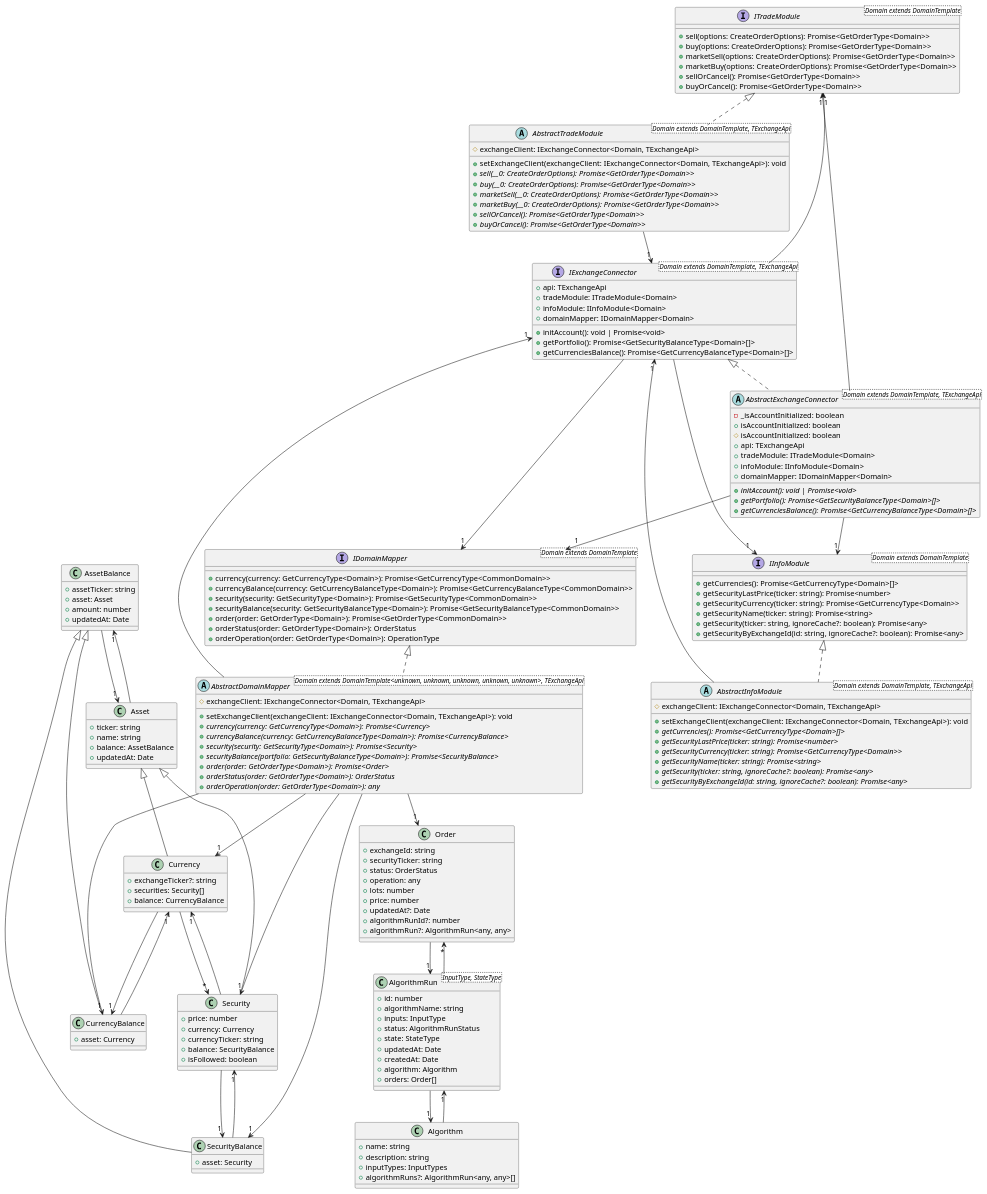
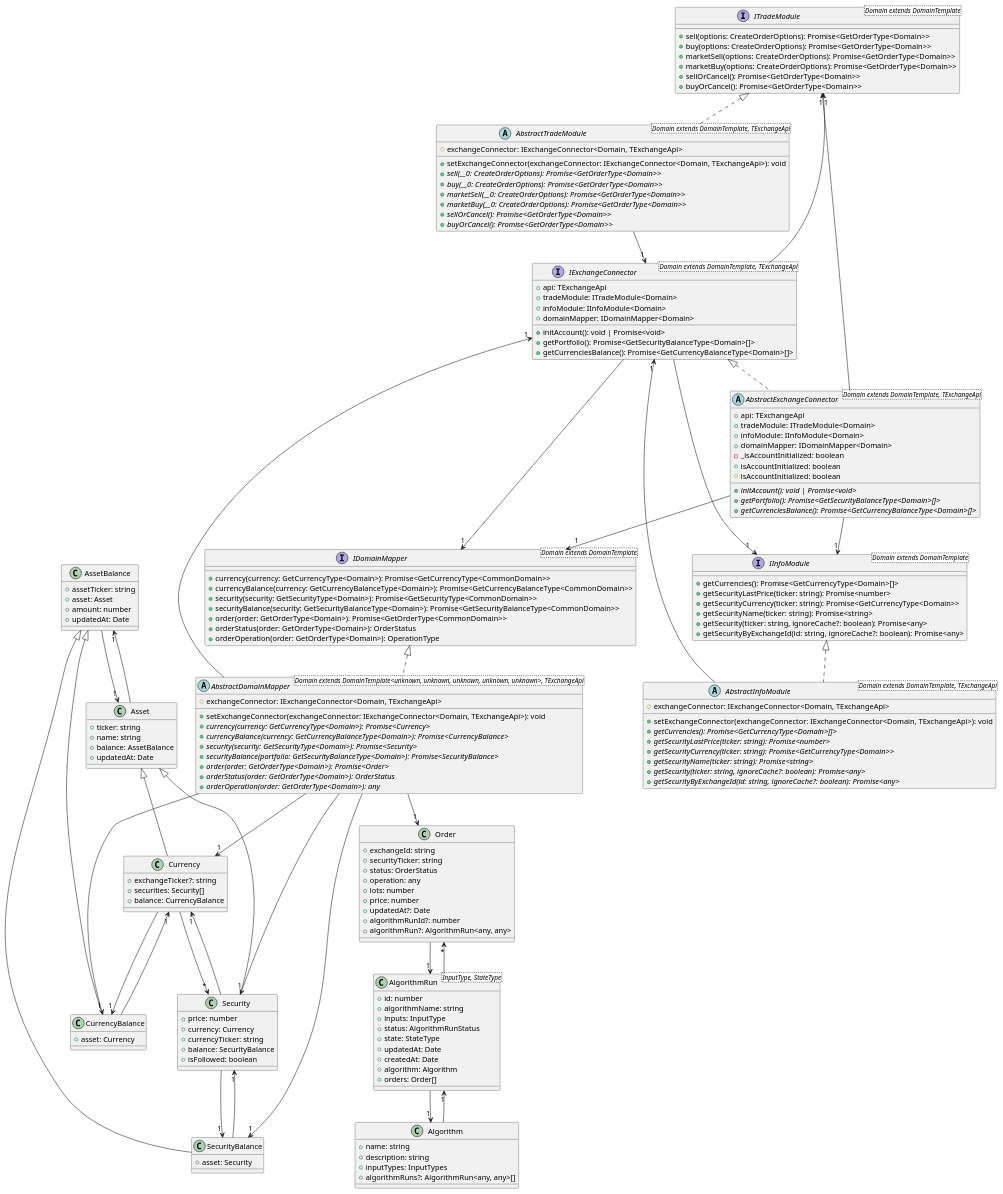
The diagram in .docs/public/diagrams/domain.puml (d0rich/tradeb0t), drawn with PlantUML before and after one commit. The commit also changed 38 other files, not shown here.

```diff
--- a/.docs/public/diagrams/domain.puml
+++ b/.docs/public/diagrams/domain.puml
@@ -1,163 +1,163 @@
 @startuml
 interface ITradeModule<Domain extends DomainTemplate> {
     +sell(options: CreateOrderOptions): Promise<GetOrderType<Domain>>
     +buy(options: CreateOrderOptions): Promise<GetOrderType<Domain>>
     +marketSell(options: CreateOrderOptions): Promise<GetOrderType<Domain>>
     +marketBuy(options: CreateOrderOptions): Promise<GetOrderType<Domain>>
     +sellOrCancel(): Promise<GetOrderType<Domain>>
     +buyOrCancel(): Promise<GetOrderType<Domain>>
 }
 interface IInfoModule<Domain extends DomainTemplate> {
     +getCurrencies(): Promise<GetCurrencyType<Domain>[]>
     +getSecurityLastPrice(ticker: string): Promise<number>
     +getSecurityCurrency(ticker: string): Promise<GetCurrencyType<Domain>>
     +getSecurityName(ticker: string): Promise<string>
     +getSecurity(ticker: string, ignoreCache?: boolean): Promise<any>
     +getSecurityByExchangeId(id: string, ignoreCache?: boolean): Promise<any>
 }
 interface IExchangeConnector<Domain extends DomainTemplate, TExchangeApi> {
     +api: TExchangeApi
     +tradeModule: ITradeModule<Domain>
     +infoModule: IInfoModule<Domain>
     +domainMapper: IDomainMapper<Domain>
     +initAccount(): void | Promise<void>
     +getPortfolio(): Promise<GetSecurityBalanceType<Domain>[]>
     +getCurrenciesBalance(): Promise<GetCurrencyBalanceType<Domain>[]>
 }
 abstract class AbstractTradeModule<Domain extends DomainTemplate, TExchangeApi> implements ITradeModule {
-    #exchangeClient: IExchangeConnector<Domain, TExchangeApi>
-    +setExchangeClient(exchangeClient: IExchangeConnector<Domain, TExchangeApi>): void
+    #exchangeConnector: IExchangeConnector<Domain, TExchangeApi>
+    +setExchangeConnector(exchangeConnector: IExchangeConnector<Domain, TExchangeApi>): void
     +{abstract} sell(__0: CreateOrderOptions): Promise<GetOrderType<Domain>>
     +{abstract} buy(__0: CreateOrderOptions): Promise<GetOrderType<Domain>>
     +{abstract} marketSell(__0: CreateOrderOptions): Promise<GetOrderType<Domain>>
     +{abstract} marketBuy(__0: CreateOrderOptions): Promise<GetOrderType<Domain>>
     +{abstract} sellOrCancel(): Promise<GetOrderType<Domain>>
     +{abstract} buyOrCancel(): Promise<GetOrderType<Domain>>
 }
 abstract class AbstractInfoModule<Domain extends DomainTemplate, TExchangeApi> implements IInfoModule {
-    #exchangeClient: IExchangeConnector<Domain, TExchangeApi>
-    +setExchangeClient(exchangeClient: IExchangeConnector<Domain, TExchangeApi>): void
+    #exchangeConnector: IExchangeConnector<Domain, TExchangeApi>
+    +setExchangeConnector(exchangeConnector: IExchangeConnector<Domain, TExchangeApi>): void
     +{abstract} getCurrencies(): Promise<GetCurrencyType<Domain>[]>
     +{abstract} getSecurityLastPrice(ticker: string): Promise<number>
     +{abstract} getSecurityCurrency(ticker: string): Promise<GetCurrencyType<Domain>>
     +{abstract} getSecurityName(ticker: string): Promise<string>
     +{abstract} getSecurity(ticker: string, ignoreCache?: boolean): Promise<any>
     +{abstract} getSecurityByExchangeId(id: string, ignoreCache?: boolean): Promise<any>
 }
 abstract class AbstractExchangeConnector<Domain extends DomainTemplate, TExchangeApi> implements IExchangeConnector {
-    -_isAccountInitialized: boolean
-    +isAccountInitialized: boolean
-    #isAccountInitialized: boolean
     +api: TExchangeApi
     +tradeModule: ITradeModule<Domain>
     +infoModule: IInfoModule<Domain>
     +domainMapper: IDomainMapper<Domain>
     +{abstract} initAccount(): void | Promise<void>
     +{abstract} getPortfolio(): Promise<GetSecurityBalanceType<Domain>[]>
     +{abstract} getCurrenciesBalance(): Promise<GetCurrencyBalanceType<Domain>[]>
+    -_isAccountInitialized: boolean
+    +isAccountInitialized: boolean
+    #isAccountInitialized: boolean
 }
 class Algorithm {
     +name: string
     +description: string
     +inputTypes: InputTypes
     +algorithmRuns?: AlgorithmRun<any, any>[]
 }
 class Order {
     +exchangeId: string
     +securityTicker: string
     +status: OrderStatus
     +operation: any
     +lots: number
     +price: number
     +updatedAt?: Date
     +algorithmRunId?: number
     +algorithmRun?: AlgorithmRun<any, any>
 }
 class AlgorithmRun<InputType, StateType> {
     +id: number
     +algorithmName: string
     +inputs: InputType
     +status: AlgorithmRunStatus
     +state: StateType
     +updatedAt: Date
     +createdAt: Date
     +algorithm: Algorithm
     +orders: Order[]
 }
 class AssetBalance {
     +assetTicker: string
     +asset: Asset
     +amount: number
     +updatedAt: Date
 }
 class Asset {
     +ticker: string
     +name: string
     +balance: AssetBalance
     +updatedAt: Date
 }
 class SecurityBalance extends AssetBalance {
     +asset: Security
 }
 class Security extends Asset {
     +price: number
     +currency: Currency
     +currencyTicker: string
     +balance: SecurityBalance
     +isFollowed: boolean
 }
 class CurrencyBalance extends AssetBalance {
     +asset: Currency
 }
 class Currency extends Asset {
     +exchangeTicker?: string
     +securities: Security[]
     +balance: CurrencyBalance
 }
 abstract class AbstractDomainMapper<Domain extends DomainTemplate<unknown, unknown, unknown, unknown, unknown>, TExchangeApi> implements IDomainMapper {
-    #exchangeClient: IExchangeConnector<Domain, TExchangeApi>
-    +setExchangeClient(exchangeClient: IExchangeConnector<Domain, TExchangeApi>): void
+    #exchangeConnector: IExchangeConnector<Domain, TExchangeApi>
+    +setExchangeConnector(exchangeConnector: IExchangeConnector<Domain, TExchangeApi>): void
     +{abstract} currency(currency: GetCurrencyType<Domain>): Promise<Currency>
     +{abstract} currencyBalance(currency: GetCurrencyBalanceType<Domain>): Promise<CurrencyBalance>
     +{abstract} security(security: GetSecurityType<Domain>): Promise<Security>
     +{abstract} securityBalance(portfolio: GetSecurityBalanceType<Domain>): Promise<SecurityBalance>
     +{abstract} order(order: GetOrderType<Domain>): Promise<Order>
     +{abstract} orderStatus(order: GetOrderType<Domain>): OrderStatus
     +{abstract} orderOperation(order: GetOrderType<Domain>): any
 }
 interface IDomainMapper<Domain extends DomainTemplate> {
     +currency(currency: GetCurrencyType<Domain>): Promise<GetCurrencyType<CommonDomain>>
     +currencyBalance(currency: GetCurrencyBalanceType<Domain>): Promise<GetCurrencyBalanceType<CommonDomain>>
     +security(security: GetSecurityType<Domain>): Promise<GetSecurityType<CommonDomain>>
     +securityBalance(security: GetSecurityBalanceType<Domain>): Promise<GetSecurityBalanceType<CommonDomain>>
     +order(order: GetOrderType<Domain>): Promise<GetOrderType<CommonDomain>>
     +orderStatus(order: GetOrderType<Domain>): OrderStatus
     +orderOperation(order: GetOrderType<Domain>): OperationType
 }
 IExchangeConnector --> "1" ITradeModule
 IExchangeConnector --> "1" IInfoModule
 IExchangeConnector --> "1" IDomainMapper
 AbstractTradeModule --> "1" IExchangeConnector
 AbstractInfoModule --> "1" IExchangeConnector
 AbstractExchangeConnector --> "1" ITradeModule
 AbstractExchangeConnector --> "1" IInfoModule
 AbstractExchangeConnector --> "1" IDomainMapper
 Algorithm --> "1" AlgorithmRun
 Order --> "1" AlgorithmRun
 AlgorithmRun --> "1" Algorithm
 AlgorithmRun --> "*" Order
 AssetBalance --> "1" Asset
 Asset --> "1" AssetBalance
 SecurityBalance --> "1" Security
 Security --> "1" Currency
 Security --> "1" SecurityBalance
 CurrencyBalance --> "1" Currency
 Currency --> "*" Security
 Currency --> "1" CurrencyBalance
 AbstractDomainMapper --> "1" IExchangeConnector
 AbstractDomainMapper --> "1" Currency
 AbstractDomainMapper --> "1" CurrencyBalance
 AbstractDomainMapper --> "1" Security
 AbstractDomainMapper --> "1" SecurityBalance
 AbstractDomainMapper --> "1" Order
 @enduml
```
